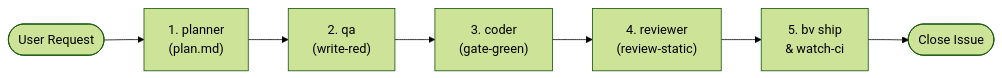
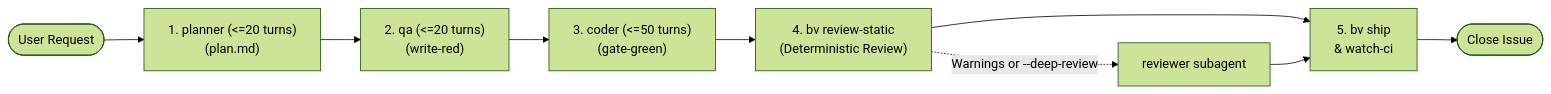
One commit to reymundolopez/agent-sdlc-kit changed the diagram in skills/orchestrate-issue/SKILL.md. Above: the diagram before and after it, drawn with Mermaid (forest theme). The commit also changed other lines of this file and 7 other files, not shown here.

Commit message:
feat(sdlc): enforce subagent turn budgets, deterministic review phase, and doctor --fix duplicate pruning

````diff
--- a/skills/orchestrate-issue/SKILL.md
+++ b/skills/orchestrate-issue/SKILL.md
@@ -43,9 +50,11 @@
 ```mermaid
 flowchart LR
-    Start([User Request]) --> Planner["1. planner\n(plan.md)"]
-    Planner --> QA["2. qa\n(write-red)"]
-    QA --> Coder["3. coder\n(gate-green)"]
-    Coder --> Reviewer["4. reviewer\n(review-static)"]
-    Reviewer --> Ship["5. bv ship\n& watch-ci"]
+    Start([User Request]) --> Planner["1. planner (<=20 turns)\n(plan.md)"]
+    Planner --> QA["2. qa (<=20 turns)\n(write-red)"]
+    QA --> Coder["3. coder (<=50 turns)\n(gate-green)"]
+    Coder --> Review["4. bv review-static\n(Deterministic Review)"]
+    Review -.->|Warnings or --deep-review| Reviewer["reviewer subagent"]
+    Review --> Ship["5. bv ship\n& watch-ci"]
+    Reviewer --> Ship
     Ship --> Done([Close Issue])
 ```
````
